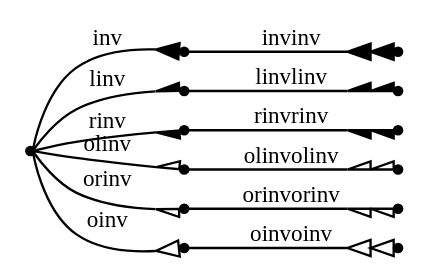
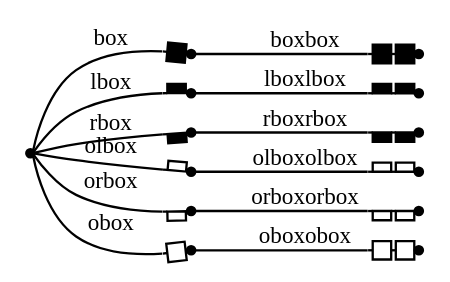
Before and after one commit to graphviz-perl/GraphViz2-Marpa-PathUtils: the diagram in out/clusters.out.08.006.gv, drawn with Graphviz. The commit also changed 33 other files, not shown here.

```diff
--- a/out/clusters.out.08.006.gv
+++ b/out/clusters.out.08.006.gv
@@ -1,19 +1,19 @@
 digraph G
 {
 	graph[ rankdir = "LR" nodesep = "0"]
 	node[ shape = "point" label = ""]
 	edge[ fontsize = "10"]
-	_inv -> inv[ arrowhead = "inv" label = "inv"]
-	inv -> invinv[ arrowhead = "invinv" label = "invinv"]
-	_inv -> linv[ arrowhead = "linv" label = "linv"]
-	linv -> linvlinv[ arrowhead = "linvlinv" label = "linvlinv"]
-	_inv -> rinv[ arrowhead = "rinv" label = "rinv"]
-	rinv -> rinvrinv[ arrowhead = "rinvrinv" label = "rinvrinv"]
-	_inv -> olinv[ arrowhead = "olinv" label = "olinv"]
-	olinv -> olinvolinv[ arrowhead = "olinvolinv" label = "olinvolinv"]
-	_inv -> orinv[ arrowhead = "orinv" label = "orinv"]
-	orinv -> orinvorinv[ arrowhead = "orinvorinv" label = "orinvorinv"]
-	_inv -> oinv[ arrowhead = "oinv" label = "oinv"]
-	oinv -> oinvoinv[ arrowhead = "oinvoinv" label = "oinvoinv"]
+	_box -> box[ arrowhead = "box" label = "box"]
+	box -> boxbox[ arrowhead = "boxbox" label = "boxbox"]
+	_box -> lbox[ arrowhead = "lbox" label = "lbox"]
+	lbox -> lboxlbox[ arrowhead = "lboxlbox" label = "lboxlbox"]
+	_box -> rbox[ arrowhead = "rbox" label = "rbox"]
+	rbox -> rboxrbox[ arrowhead = "rboxrbox" label = "rboxrbox"]
+	_box -> olbox[ arrowhead = "olbox" label = "olbox"]
+	olbox -> olboxolbox[ arrowhead = "olboxolbox" label = "olboxolbox"]
+	_box -> orbox[ arrowhead = "orbox" label = "orbox"]
+	orbox -> orboxorbox[ arrowhead = "orboxorbox" label = "orboxorbox"]
+	_box -> obox[ arrowhead = "obox" label = "obox"]
+	obox -> oboxobox[ arrowhead = "oboxobox" label = "oboxobox"]
 
 }
```
